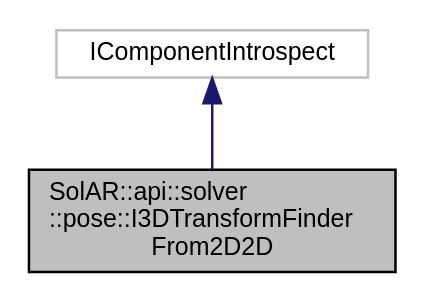
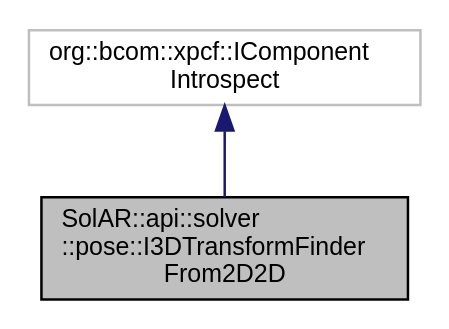
Before and after one commit to SolarFramework/solarframework.github.io: the diagram in api_documentation/class_sol_a_r_1_1api_1_1solver_1_1pose_1_1_i3_d_transform_finder_from2_d2_d__inherit__graph.dot, drawn with Graphviz. The commit also changed 1012 other files, not shown here.

```diff
--- a/api_documentation/class_sol_a_r_1_1api_1_1solver_1_1pose_1_1_i3_d_transform_finder_from2_d2_d__inherit__graph.dot
+++ b/api_documentation/class_sol_a_r_1_1api_1_1solver_1_1pose_1_1_i3_d_transform_finder_from2_d2_d__inherit__graph.dot
@@ -1,8 +1,9 @@
 digraph "SolAR::api::solver::pose::I3DTransformFinderFrom2D2D"
 {
+ // LATEX_PDF_SIZE
   edge [fontname="Helvetica",fontsize="10",labelfontname="Helvetica",labelfontsize="10"];
   node [fontname="Helvetica",fontsize="10",shape=record];
-  Node0 [label="SolAR::api::solver\l::pose::I3DTransformFinder\lFrom2D2D",height=0.2,width=0.4,color="black", fillcolor="grey75", style="filled", fontcolor="black"];
-  Node1 -> Node0 [dir="back",color="midnightblue",fontsize="10",style="solid",fontname="Helvetica"];
-  Node1 [label="IComponentIntrospect",height=0.2,width=0.4,color="grey75", fillcolor="white", style="filled"];
+  Node1 [label="SolAR::api::solver\l::pose::I3DTransformFinder\lFrom2D2D",height=0.2,width=0.4,color="black", fillcolor="grey75", style="filled", fontcolor="black",tooltip="Finds the 3D transform between two cameras knowing the keypoints that match between them...."];
+  Node2 -> Node1 [dir="back",color="midnightblue",fontsize="10",style="solid",fontname="Helvetica"];
+  Node2 [label="org::bcom::xpcf::IComponent\lIntrospect",height=0.2,width=0.4,color="grey75", fillcolor="white", style="filled",tooltip=" "];
 }
```
